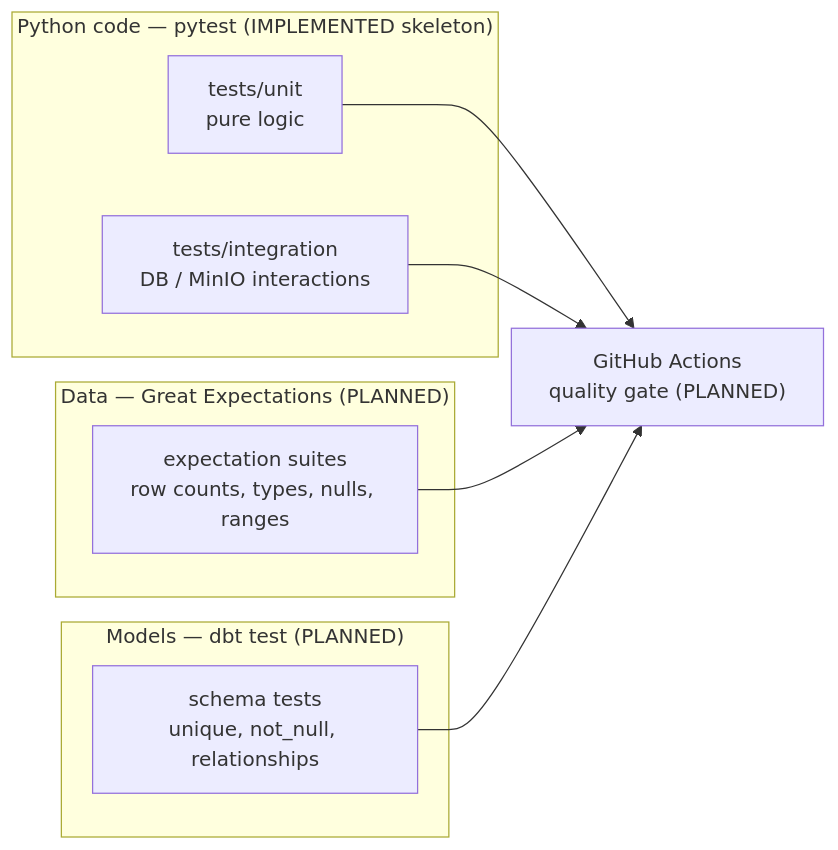
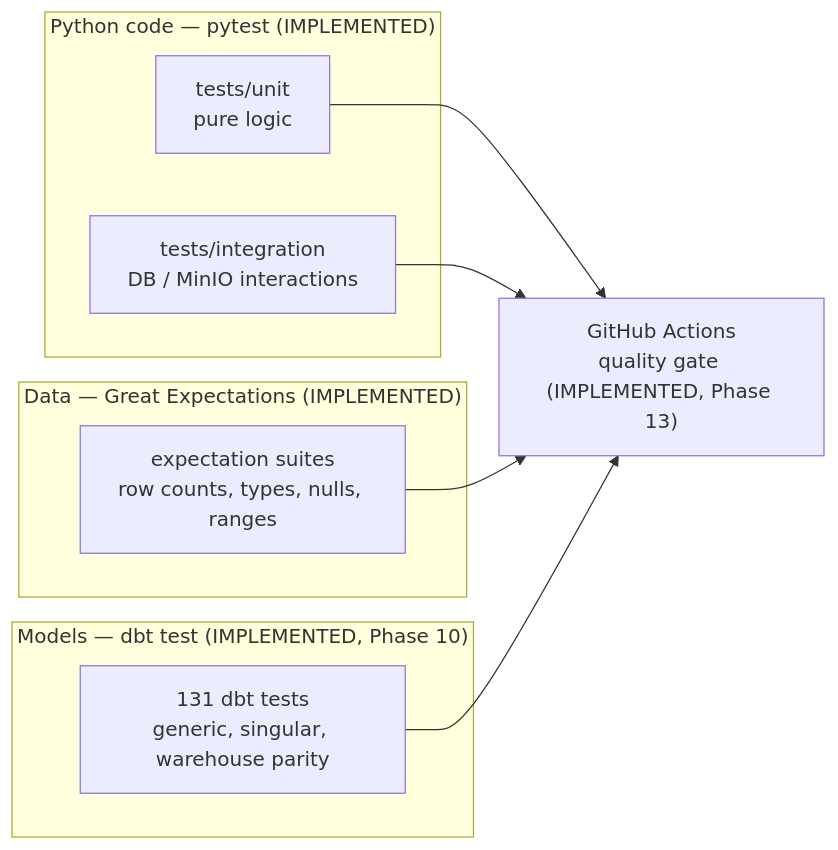
The second of 3 diagrams in docs/architecture/orchestration.md (youssefelbajoury/morocco-retail-intelligence-data-platform), drawn with Mermaid before and after one commit. The commit also changed other lines of this file and 286 other files, not shown here.

````diff
--- a/docs/architecture/orchestration.md
+++ b/docs/architecture/orchestration.md
@@ -51,18 +57,18 @@
 ```mermaid
 flowchart LR
-    subgraph Python["Python code — pytest (IMPLEMENTED skeleton)"]
+    subgraph Python["Python code — pytest (IMPLEMENTED)"]
         U["tests/unit<br/>pure logic"]
         I["tests/integration<br/>DB / MinIO interactions"]
     end
-    subgraph Data["Data — Great Expectations (PLANNED)"]
+    subgraph Data["Data — Great Expectations (IMPLEMENTED)"]
         E["expectation suites<br/>row counts, types, nulls, ranges"]
     end
-    subgraph SQL["Models — dbt test (PLANNED)"]
-        T["schema tests<br/>unique, not_null, relationships"]
+    subgraph SQL["Models — dbt test (IMPLEMENTED, Phase 10)"]
+        T["131 dbt tests<br/>generic, singular, warehouse parity"]
     end
     U --> CI
     I --> CI
     E --> CI
     T --> CI
-    CI["GitHub Actions<br/>quality gate (PLANNED)"]
+    CI["GitHub Actions<br/>quality gate (IMPLEMENTED, Phase 13)"]
 ```
````
